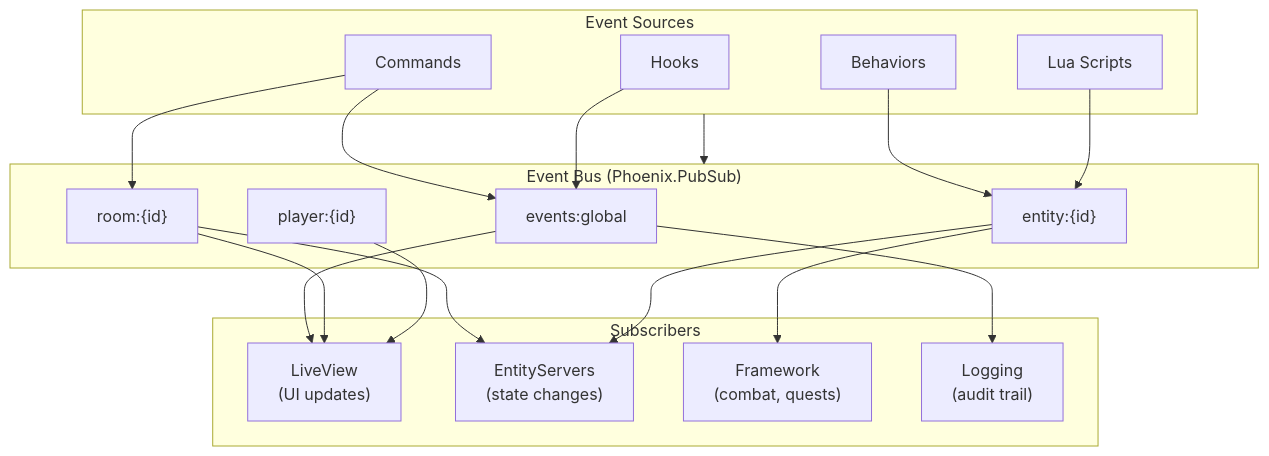
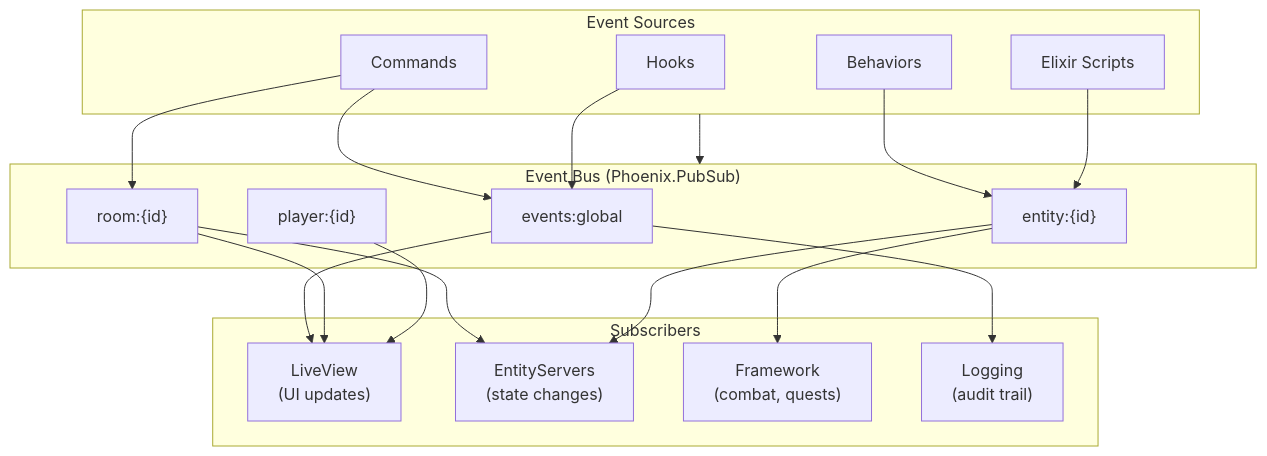
Before and after one commit to lorecrafting/lokacore: the fourth of 9 diagrams in docs/architecture/diagrams.md, drawn with Mermaid. The commit also changed other lines of this file and 29 other files, not shown here.

````diff
--- a/docs/architecture/diagrams.md
+++ b/docs/architecture/diagrams.md
@@ -137,39 +137,39 @@
 ```mermaid
 flowchart TD
     subgraph Sources["Event Sources"]
         Cmd["Commands"]
         Behavior["Behaviors"]
         Hook["Hooks"]
-        Script["Lua Scripts"]
+        Script["Elixir Scripts"]
     end
 
     subgraph Bus["Event Bus (Phoenix.PubSub)"]
         Global["events:global"]
         Room["room:{id}"]
         Entity["entity:{id}"]
         Player["player:{id}"]
     end
 
     subgraph Subscribers["Subscribers"]
         LiveView["LiveView\n(UI updates)"]
         EntityServers["EntityServers\n(state changes)"]
         Framework["Framework\n(combat, quests)"]
         Logging["Logging\n(audit trail)"]
     end
 
     Sources --> Bus
 
     Cmd --> Global
     Cmd --> Room
     Behavior --> Entity
     Hook --> Global
     Script --> Entity
 
     Global --> LiveView
     Global --> Logging
     Room --> LiveView
     Room --> EntityServers
     Entity --> EntityServers
     Player --> LiveView
     Entity --> Framework
 ```
````
